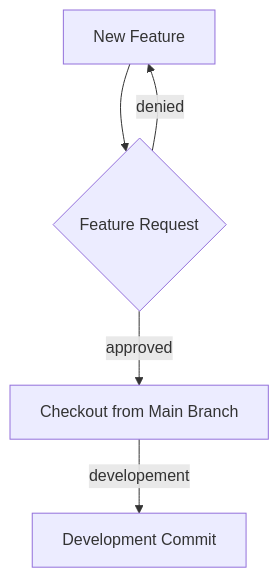
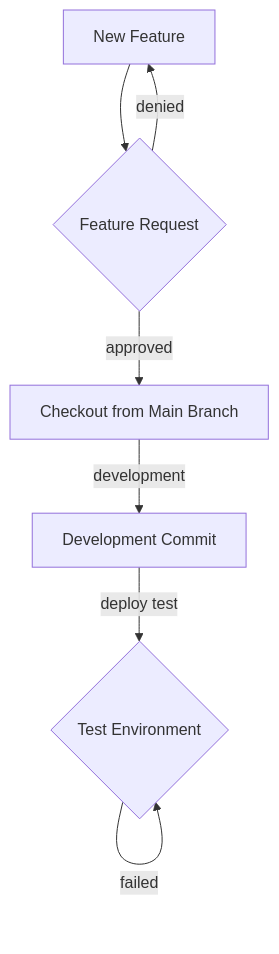
One commit to binaryloom/TaskManagementSystem changed the third of 3 diagrams in docs/project_archetecture.md. Above: the diagram before and after it, drawn with Mermaid.

Commit message:
Mar 3, 2024, 10:44 PM

````diff
--- a/docs/project_archetecture.md
+++ b/docs/project_archetecture.md
@@ -43,7 +43,9 @@
 ```mermaid
 graph TD;
-    new_feature["New Feature"] --> feature_request{Feature Request}
+    new_feature["New Feature"] --> feature_request{Feature Request};
     feature_request --> |denied| new_feature;
-    feature_request --> |approved| main_checkout["Checkout from Main Branch"]
-    main_checkout --> |developement| dev_commit[Development Commit]
+    feature_request --> |approved| main_checkout["Checkout from Main Branch"];
+    main_checkout --> |development| dev_commit[Development Commit];
+    dev_commit --> |deploy test| test_env{Test Environment}
+    test_env --> |failed| test_env
 ```
````
